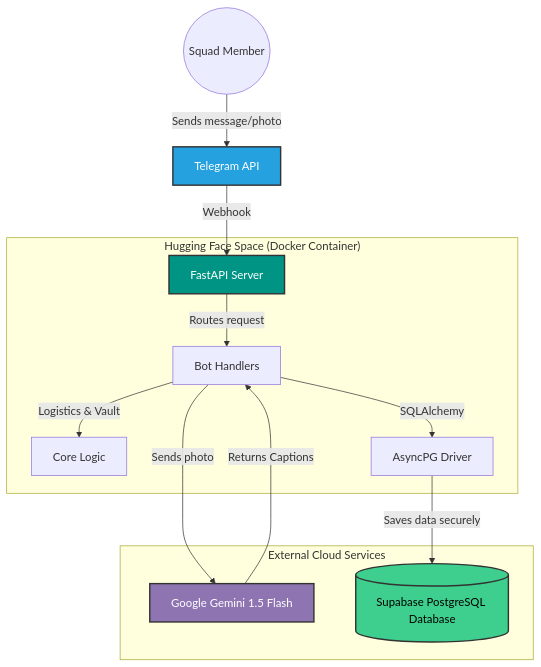
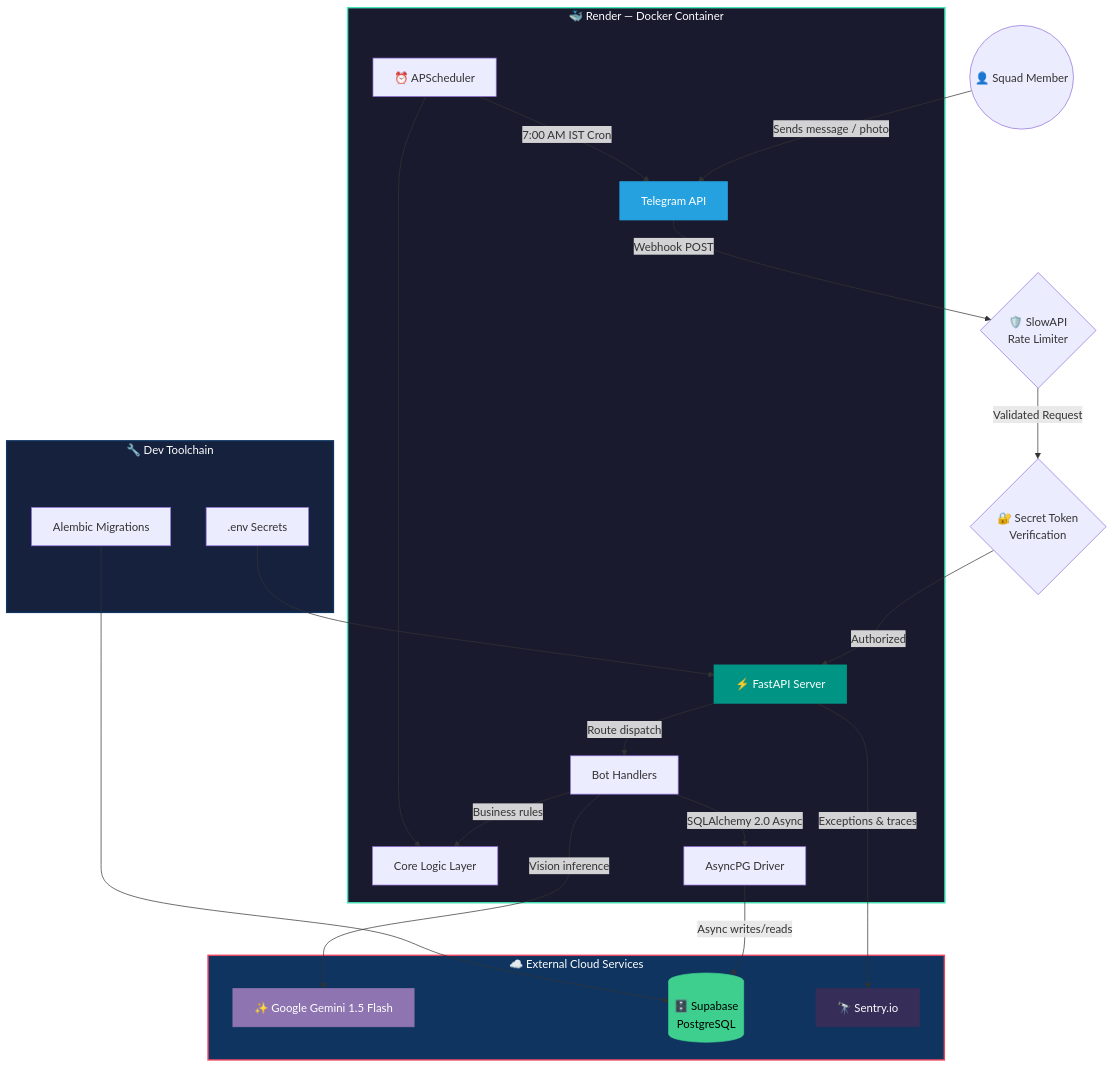
The diagram in README.md (adii1401/yatra_bot), drawn with Mermaid before and after one commit. The commit also changed other lines of this file and 13 other files, not shown here.

````diff
--- a/README.md
+++ b/README.md
@@ -26,22 +48,35 @@
 ```mermaid
 graph TD
-    User((Squad Member)) -->|Sends message/photo| Telegram[Telegram API]
-    Telegram -->|Webhook| FastAPI[FastAPI Server]
+    User((👤 Squad Member)) -->|Sends message / photo| TG[Telegram API]
+    TG -->|Webhook POST| RL{🛡️ SlowAPI\nRate Limiter}
+    RL -->|Validated Request| FW{🔐 Secret Token\nVerification}
+    FW -->|Authorized| FA[⚡ FastAPI Server]
 
-    subgraph "Hugging Face Space (Docker Container)"
-        FastAPI -->|Routes request| Handlers[Bot Handlers]
-        Handlers -->|Logistics & Vault| CoreLogic[Core Logic]
-        Handlers -->|SQLAlchemy| DB_Driver[AsyncPG Driver]
+    subgraph RENDER ["🐳 Render — Docker Container"]
+        FA -->|Route dispatch| H[Bot Handlers]
+        H -->|Business rules| CL[Core Logic Layer]
+        H -->|SQLAlchemy 2.0 Async| DB[AsyncPG Driver]
+        SCHED[⏰ APScheduler] -->|7:00 AM IST Cron| TG
+        SCHED --> CL
     end
 
-    subgraph "External Cloud Services"
-        Handlers -->|Sends photo| Gemini[Google Gemini 1.5 Flash]
-        Gemini -->|Returns Captions| Handlers
-        DB_Driver -->|Saves data securely| Supabase[(Supabase PostgreSQL Database)]
+    subgraph CLOUD ["☁️ External Cloud Services"]
+        H -->|Vision inference| GEM[✨ Google Gemini 1.5 Flash]
+        DB -->|Async writes/reads| SUP[(🗄️ Supabase\nPostgreSQL)]
+        FA -->|Exceptions & traces| SEN[🔭 Sentry.io]
     end
 
-    style FastAPI fill:#009485,color:#fff,stroke:#333,stroke-width:2px
-    style Supabase fill:#3ecf8e,color:#000,stroke:#333,stroke-width:2px
-    style Gemini fill:#8e75b2,color:#fff,stroke:#333,stroke-width:2px
-    style Telegram fill:#24A1DE,color:#fff,stroke:#333,stroke-width:2px
+    subgraph INFRA ["🔧 Dev Toolchain"]
+        MIG[Alembic Migrations] --> SUP
+        ENV[.env Secrets] --> FA
+    end
+
+    style FA fill:#009485,color:#fff,stroke:#009485
+    style SUP fill:#3ecf8e,color:#000,stroke:#3ecf8e
+    style SEN fill:#362D59,color:#fff,stroke:#362D59
+    style TG fill:#24A1DE,color:#fff,stroke:#24A1DE
+    style GEM fill:#8E75B2,color:#fff,stroke:#8E75B2
+    style RENDER fill:#1a1a2e,color:#fff,stroke:#46E3B7,stroke-width:2px
+    style CLOUD fill:#0f3460,color:#fff,stroke:#e94560,stroke-width:2px
+    style INFRA fill:#16213e,color:#fff,stroke:#0f3460,stroke-width:2px
 ```
````
